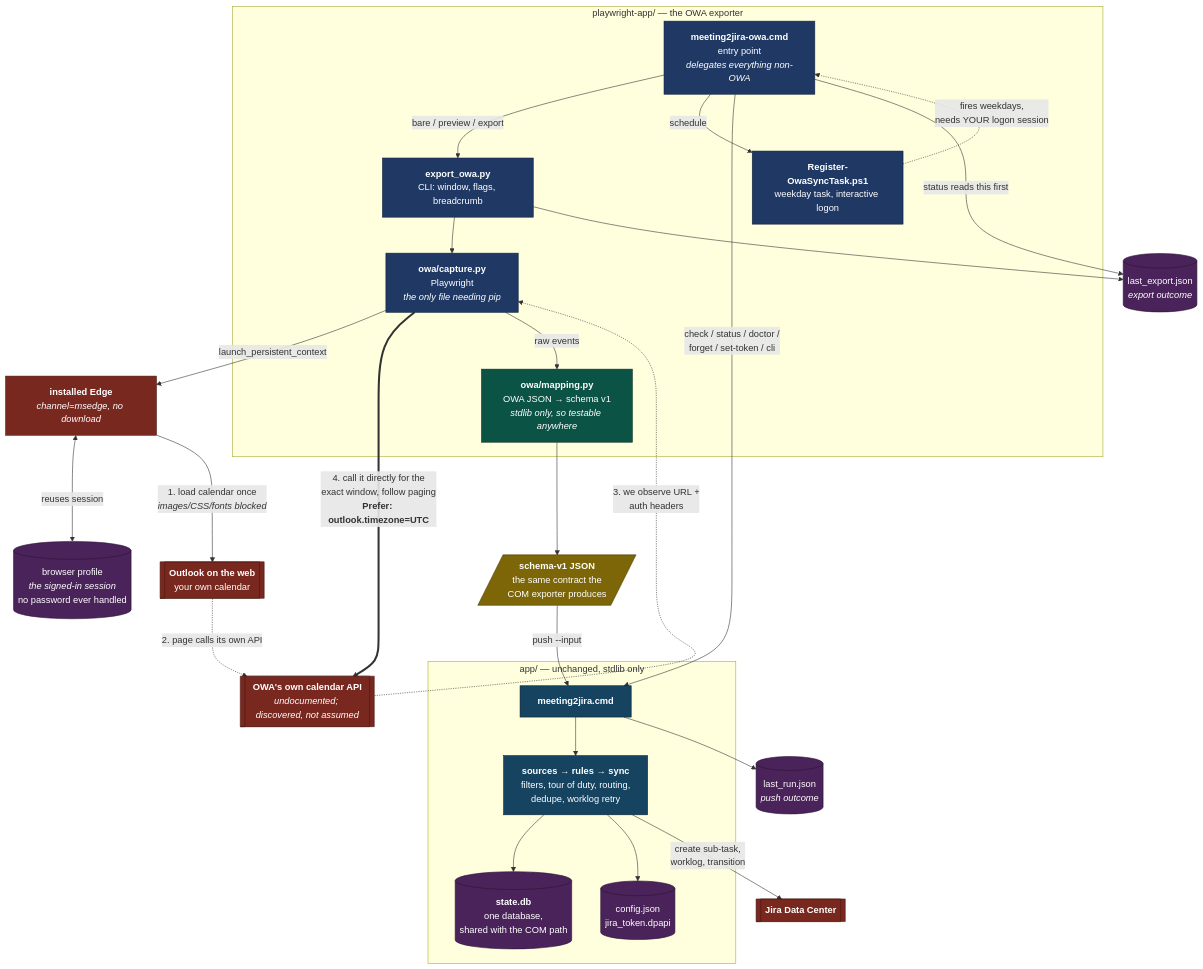
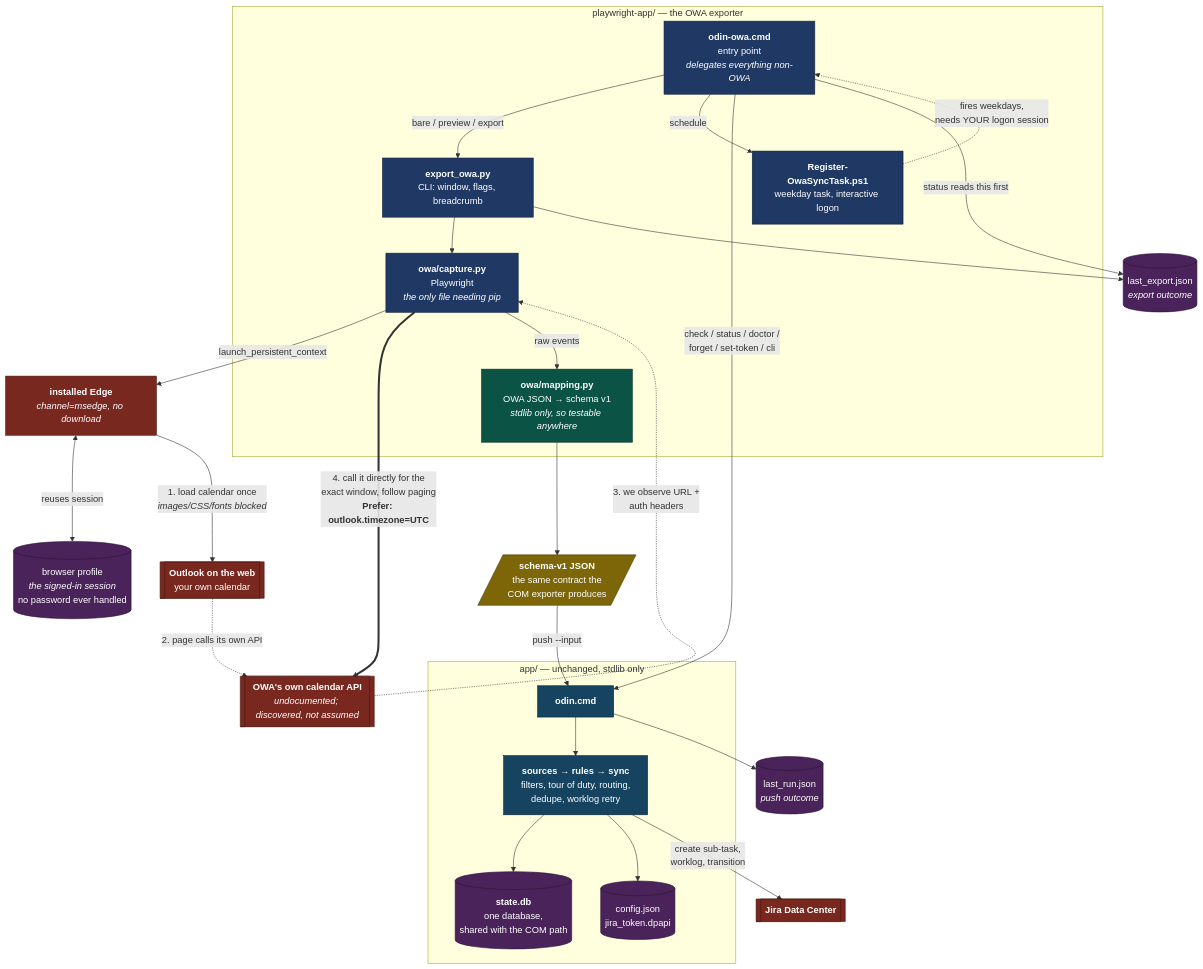
Before and after one commit to CorpLynx/meeting2jira: the diagram in Odin/playwright-app/ARCHITECTURE.md, drawn with Mermaid. The commit also changed other lines of this file and 91 other files, not shown here.

````diff
--- a/Odin/playwright-app/ARCHITECTURE.md
+++ b/Odin/playwright-app/ARCHITECTURE.md
@@ -10,66 +10,66 @@
 ```mermaid
 flowchart TD
     subgraph entry["playwright-app/ — the OWA exporter"]
-        CMD["<b>meeting2jira-owa.cmd</b><br/>entry point<br/><i>delegates everything non-OWA</i>"]
+        CMD["<b>odin-owa.cmd</b><br/>entry point<br/><i>delegates everything non-OWA</i>"]
         EXPORT["<b>export_owa.py</b><br/>CLI: window, flags, breadcrumb"]
         CAPTURE["<b>owa/capture.py</b><br/>Playwright<br/><i>the only file needing pip</i>"]
         MAPPING["<b>owa/mapping.py</b><br/>OWA JSON → schema v1<br/><i>stdlib only, so testable anywhere</i>"]
         TASKPS["<b>Register-OwaSyncTask.ps1</b><br/>weekday task, interactive logon"]
     end
 
     PROFILE[("browser profile<br/><i>the signed-in session</i><br/>no password ever handled")]
     EDGE["<b>installed Edge</b><br/><i>channel=msedge, no download</i>"]
     OWA[["<b>Outlook on the web</b><br/>your own calendar"]]
     OWAAPI[["<b>OWA's own calendar API</b><br/><i>undocumented; discovered, not assumed</i>"]]
 
     CONTRACT[/"<b>schema-v1 JSON</b><br/>the same contract the<br/>COM exporter produces"/]
 
     subgraph app["app/ — unchanged, stdlib only"]
-        APPCMD["<b>meeting2jira.cmd</b>"]
+        APPCMD["<b>odin.cmd</b>"]
         PIPELINE["<b>sources → rules → sync</b><br/>filters, tour of duty, routing,<br/>dedupe, worklog retry"]
         STATE[("<b>state.db</b><br/>one database,<br/>shared with the COM path")]
         CONFIG[("config.json<br/>jira_token.dpapi")]
     end
 
     JIRA[["<b>Jira Data Center</b>"]]
     LASTEXPORT[("last_export.json<br/><i>export outcome</i>")]
     LASTRUN[("last_run.json<br/><i>push outcome</i>")]
 
     CMD -->|"bare / preview / export"| EXPORT
     CMD -->|schedule| TASKPS
     TASKPS -.->|"fires weekdays,<br/>needs YOUR logon session"| CMD
     CMD -->|"check / status / doctor /<br/>forget / set-token / cli"| APPCMD
 
     EXPORT --> CAPTURE
     CAPTURE -->|"launch_persistent_context"| EDGE
     EDGE <-->|"reuses session"| PROFILE
     EDGE -->|"1. load calendar once<br/><i>images/CSS/fonts blocked</i>"| OWA
     OWA -.->|"2. page calls its own API"| OWAAPI
     OWAAPI -.->|"3. we observe URL +<br/>auth headers"| CAPTURE
     CAPTURE ==>|"4. call it directly for the<br/>exact window, follow paging<br/><b>Prefer: outlook.timezone=UTC</b>"| OWAAPI
 
     CAPTURE -->|"raw events"| MAPPING
     MAPPING --> CONTRACT
     EXPORT --> LASTEXPORT
     CONTRACT -->|"push --input"| APPCMD
     APPCMD --> PIPELINE
     PIPELINE --> STATE
     PIPELINE --> CONFIG
     PIPELINE -->|"create sub-task,<br/>worklog, transition"| JIRA
     APPCMD --> LASTRUN
     CMD -->|"status reads this first"| LASTEXPORT
 
     classDef owaLayer fill:#1f3864,stroke:#0f1f3d,color:#ffffff
     classDef pureLogic fill:#0b5345,stroke:#062e26,color:#ffffff
     classDef contract fill:#7d6608,stroke:#4a3c05,color:#ffffff
     classDef store fill:#4a235a,stroke:#2a1433,color:#ffffff
     classDef external fill:#78281f,stroke:#4a1811,color:#ffffff
     classDef appLayer fill:#154360,stroke:#0a2233,color:#ffffff
 
     class CMD,EXPORT,CAPTURE,TASKPS owaLayer
     class MAPPING pureLogic
     class CONTRACT contract
     class PROFILE,STATE,CONFIG,LASTEXPORT,LASTRUN store
     class OWA,OWAAPI,JIRA,EDGE external
     class APPCMD,PIPELINE appLayer
 ```
````
